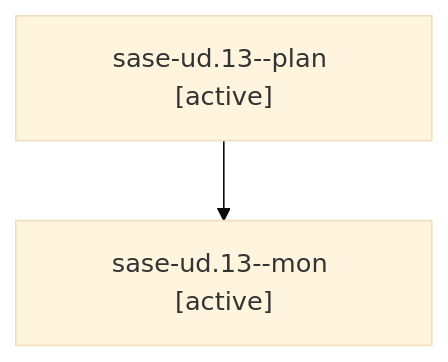
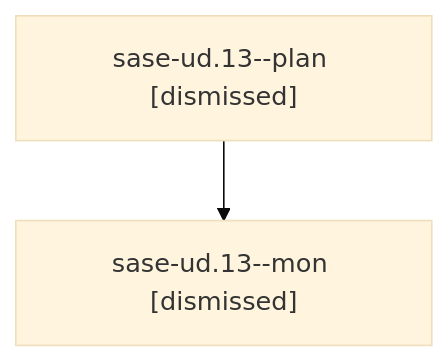
The diagram in sessions/bbugyi200.athena.sase-ud.13.md (sase-org/sase--agents), drawn with Mermaid (base theme) before and after one commit. The commit also changed other lines of this file and 380 other files, not shown here.

````diff
--- a/sessions/bbugyi200.athena.sase-ud.13.md
+++ b/sessions/bbugyi200.athena.sase-ud.13.md
@@ -9,6 +9,6 @@
 ```mermaid
 flowchart TD
-  n0["sase-ud.13--plan [active]"]
-  n1["sase-ud.13--mon [active]"]
+  n0["sase-ud.13--plan [dismissed]"]
+  n1["sase-ud.13--mon [dismissed]"]
   n0 --> n1
 ```
````
